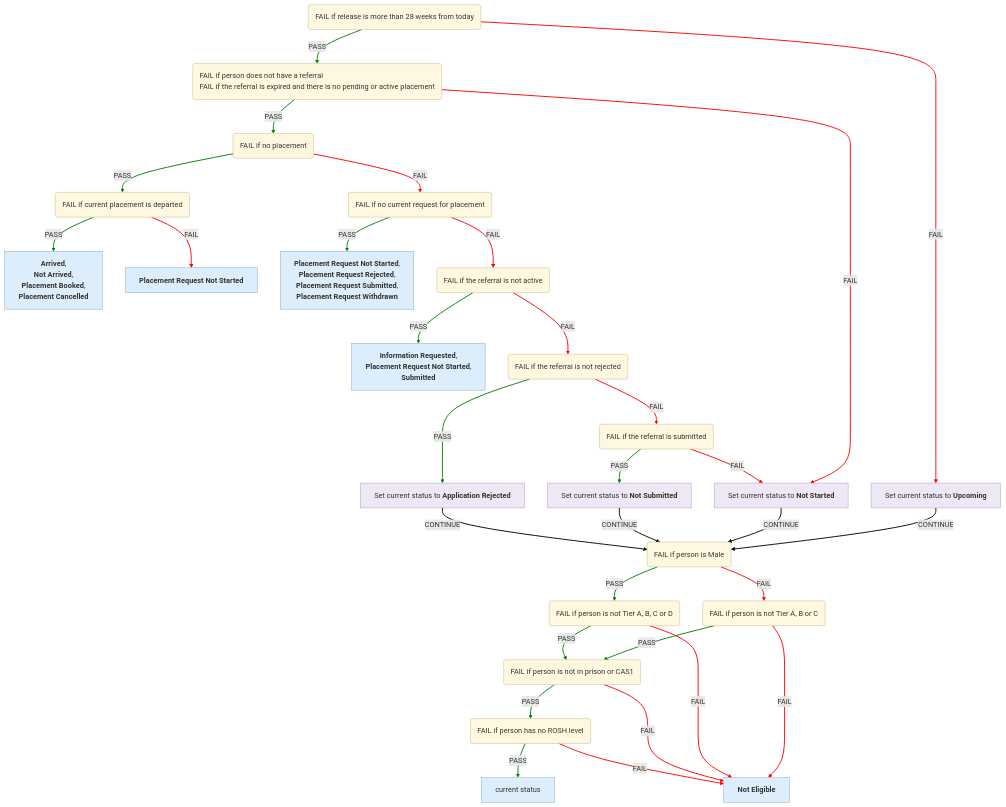
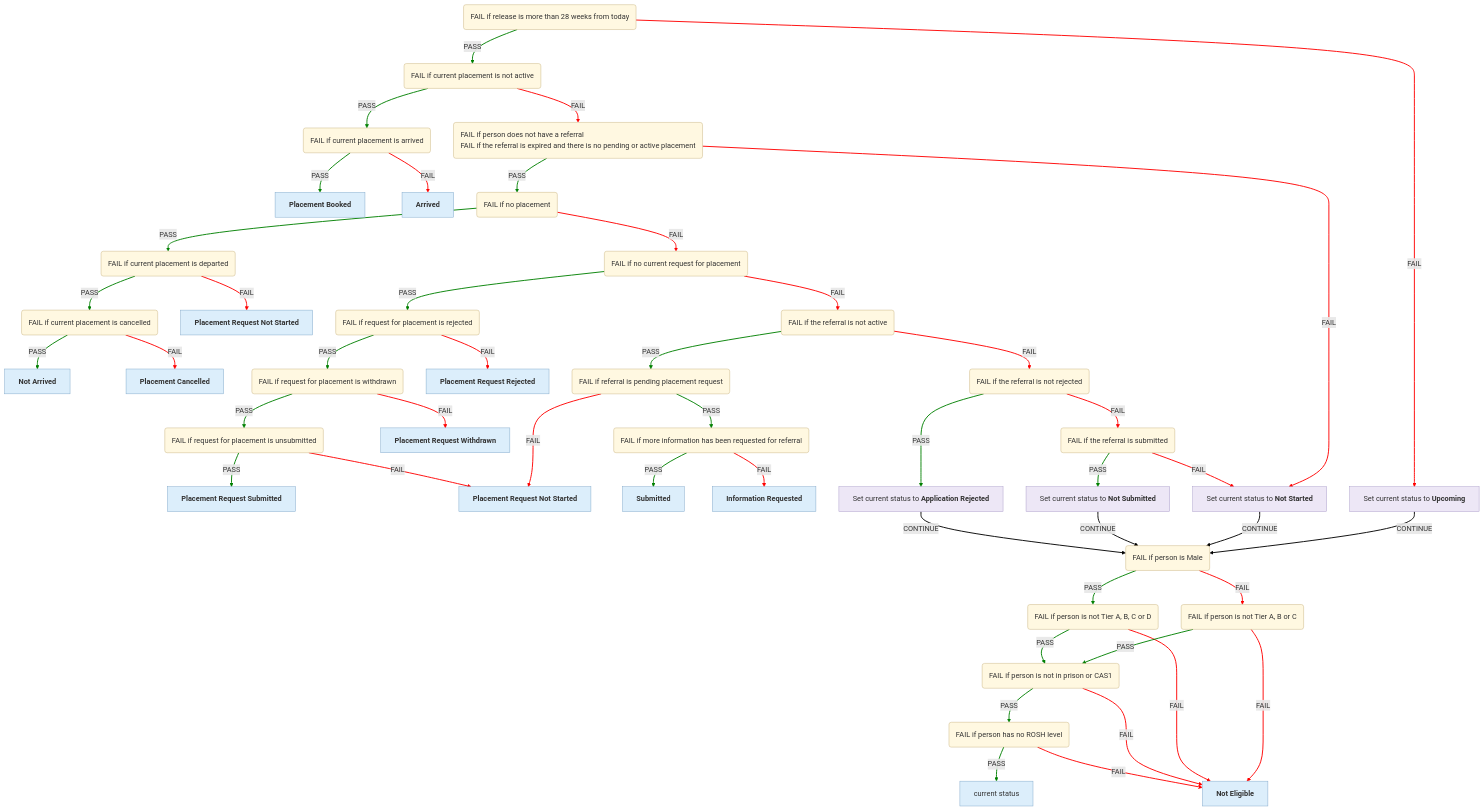
One commit to ministryofjustice/hmpps-single-accommodation-service-api changed the first of 6 diagrams in docs/eligibility-rules-graph.md. Above: the diagram before and after it, drawn with Mermaid. The commit also changed other lines of this file and 31 other files, not shown here.

Commit message:
chore/SAS-1566-further-context-updater-splitting

````diff
--- a/docs/eligibility-rules-graph.md
+++ b/docs/eligibility-rules-graph.md
@@ -10,24 +10,31 @@
 %%{init: {"flowchart": {"wrappingWidth": 800}}}%%
 flowchart TD
   Release_Within_28_Weeks("<div style='text-align:left'>FAIL if release is more than 28 weeks from today</div>")
+  PASS_if_placement_is_active("<div style='text-align:left'>FAIL if current placement is not active</div>")
+  PASS_if_placement_is_booked("<div style='text-align:left'>FAIL if current placement is arrived</div>")
+  CAS1_PLACEMENT_BOOKED["<b>Placement Booked</b>"]
+  CAS1_ARRIVED["<b>Arrived</b>"]
   CAS1_Referral("<div style='text-align:left'>FAIL if person does not have a referral
 FAIL if the referral is expired and there is no pending or active placement</div>")
   Placement("<div style='text-align:left'>FAIL if no placement</div>")
-  Active_Placement("<div style='text-align:left'>FAIL if current placement is departed</div>")
-  outcome_ActivePlacementContextUpdater["<b>Arrived</b>,
- <b>Not Arrived</b>,
- <b>Placement Booked</b>,
- <b>Placement Cancelled</b>"]
-  outcome_DepartedPlacementContextUpdater["<b>Placement Request Not Started</b>"]
+  PASS_if_placement_is_not_departed("<div style='text-align:left'>FAIL if current placement is departed</div>")
+  PASS_if_placement_is_not_arrived("<div style='text-align:left'>FAIL if current placement is cancelled</div>")
+  CAS1_NOT_ARRIVED["<b>Not Arrived</b>"]
+  CAS1_PLACEMENT_CANCELLED["<b>Placement Cancelled</b>"]
+  CAS1_PLACEMENT_REQUEST_NOT_STARTED["<b>Placement Request Not Started</b>"]
   Request_For_Placement("<div style='text-align:left'>FAIL if no current request for placement</div>")
-  outcome_NoPlacementContextUpdater["<b>Placement Request Not Started</b>,
- <b>Placement Request Rejected</b>,
- <b>Placement Request Submitted</b>,
- <b>Placement Request Withdrawn</b>"]
+  PASS_if_placement_is_not_rejected("<div style='text-align:left'>FAIL if request for placement is rejected</div>")
+  PASS_if_placement_is_not_withdrawn("<div style='text-align:left'>FAIL if request for placement is withdrawn</div>")
+  PASS_if_referral_is_submitted_or_awaiting_placement("<div style='text-align:left'>FAIL if request for placement is unsubmitted</div>")
+  CAS1_PLACEMENT_REQUEST_SUBMITTED["<b>Placement Request Submitted</b>"]
+  CAS1_PLACEMENT_REQUEST_NOT_SUBMITTED["<b>Placement Request Not Started</b>"]
+  CAS1_PLACEMENT_REQUEST_WITHDRAWN["<b>Placement Request Withdrawn</b>"]
+  CAS1_PLACEMENT_REQUEST_REJECTED["<b>Placement Request Rejected</b>"]
   CAS1_Active_Referral("<div style='text-align:left'>FAIL if the referral is not active</div>")
-  outcome_NoRequestForPlacementContextUpdater["<b>Information Requested</b>,
- <b>Placement Request Not Started</b>,
- <b>Submitted</b>"]
+  PASS_if_application_is_not_pending_a_placement_request("<div style='text-align:left'>FAIL if referral is pending placement request</div>")
+  PASS_if_more_information_has_not_been_requested_for_referral("<div style='text-align:left'>FAIL if more information has been requested for referral</div>")
+  CAS1_SUBMITTED["<b>Submitted</b>"]
+  CAS1_INFO_REQUESTED["<b>Information Requested</b>"]
   CAS1_Rejected_Referral("<div style='text-align:left'>FAIL if the referral is not rejected</div>")
   Not_Male("<div style='text-align:left'>FAIL if person is Male</div>")
   Not_Male_Tier_Eligible_For_CAS1("<div style='text-align:left'>FAIL if person is not Tier A, B, C or D</div>")
@@ -41,11 +48,26 @@
   updater_Cas1NotSubmittedContextUpdater_Not_Male["Set current status to <b>Not Submitted</b>"]
   updater_Cas1StartContextUpdater_Not_Male["Set current status to <b>Not Started</b>"]
   updater_Cas1UpcomingContextUpdater_Not_Male["Set current status to <b>Upcoming</b>"]
-  Active_Placement -->|PASS| outcome_ActivePlacementContextUpdater
-  Active_Placement -->|FAIL| outcome_DepartedPlacementContextUpdater
-  Placement -->|PASS| Active_Placement
-  Request_For_Placement -->|PASS| outcome_NoPlacementContextUpdater
-  CAS1_Active_Referral -->|PASS| outcome_NoRequestForPlacementContextUpdater
+  PASS_if_placement_is_booked -->|PASS| CAS1_PLACEMENT_BOOKED
+  PASS_if_placement_is_booked -->|FAIL| CAS1_ARRIVED
+  PASS_if_placement_is_active -->|PASS| PASS_if_placement_is_booked
+  PASS_if_placement_is_not_arrived -->|PASS| CAS1_NOT_ARRIVED
+  PASS_if_placement_is_not_arrived -->|FAIL| CAS1_PLACEMENT_CANCELLED
+  PASS_if_placement_is_not_departed -->|PASS| PASS_if_placement_is_not_arrived
+  PASS_if_placement_is_not_departed -->|FAIL| CAS1_PLACEMENT_REQUEST_NOT_STARTED
+  Placement -->|PASS| PASS_if_placement_is_not_departed
+  PASS_if_referral_is_submitted_or_awaiting_placement -->|PASS| CAS1_PLACEMENT_REQUEST_SUBMITTED
+  PASS_if_referral_is_submitted_or_awaiting_placement -->|FAIL| CAS1_PLACEMENT_REQUEST_NOT_SUBMITTED
+  PASS_if_placement_is_not_withdrawn -->|PASS| PASS_if_referral_is_submitted_or_awaiting_placement
+  PASS_if_placement_is_not_withdrawn -->|FAIL| CAS1_PLACEMENT_REQUEST_WITHDRAWN
+  PASS_if_placement_is_not_rejected -->|PASS| PASS_if_placement_is_not_withdrawn
+  PASS_if_placement_is_not_rejected -->|FAIL| CAS1_PLACEMENT_REQUEST_REJECTED
+  Request_For_Placement -->|PASS| PASS_if_placement_is_not_rejected
+  PASS_if_more_information_has_not_been_requested_for_referral -->|PASS| CAS1_SUBMITTED
+  PASS_if_more_information_has_not_been_requested_for_referral -->|FAIL| CAS1_INFO_REQUESTED
+  PASS_if_application_is_not_pending_a_placement_request -->|PASS| PASS_if_more_information_has_not_been_requested_for_referral
+  PASS_if_application_is_not_pending_a_placement_request -->|FAIL| CAS1_PLACEMENT_REQUEST_NOT_SUBMITTED
+  CAS1_Active_Referral -->|PASS| PASS_if_application_is_not_pending_a_placement_request
   ROSH_Eligible -->|PASS| confirmed
   ROSH_Eligible -->|FAIL| CAS1_NOT_ELIGIBLE
   Current_Accommodation_Eligible_For_CAS1 -->|PASS| ROSH_Eligible
@@ -68,16 +90,17 @@
   Placement -->|FAIL| Request_For_Placement
   CAS1_Referral -->|PASS| Placement
   CAS1_Referral -->|FAIL| updater_Cas1StartContextUpdater_Not_Male
-  Release_Within_28_Weeks -->|PASS| CAS1_Referral
+  PASS_if_placement_is_active -->|FAIL| CAS1_Referral
+  Release_Within_28_Weeks -->|PASS| PASS_if_placement_is_active
   Release_Within_28_Weeks -->|FAIL| updater_Cas1UpcomingContextUpdater_Not_Male
   updater_Cas1UpcomingContextUpdater_Not_Male -->|CONTINUE| Not_Male
-  linkStyle 0,2,3,4,5,7,9,11,12,15,17,25,27 stroke:green,stroke-width:2px
-  linkStyle 1,6,8,10,13,14,19,21,22,23,24,26,28 stroke:red,stroke-width:2px
-  linkStyle 16,18,20,29 stroke:black,stroke-width:2px
+  linkStyle 0,2,3,5,7,8,10,12,14,15,17,19,20,22,24,26,27,30,32,40,43 stroke:green,stroke-width:2px
+  linkStyle 1,4,6,9,11,13,16,18,21,23,25,28,29,34,36,37,38,39,41,42,44 stroke:red,stroke-width:2px
+  linkStyle 31,33,35,45 stroke:black,stroke-width:2px
   classDef ruleSetNode fill:#FFF8E1,stroke:#C9B37E,color:#333
   classDef outcomeNode fill:#DCEEFB,stroke:#7FA7C9,color:#333
   classDef updaterNode fill:#EDE7F6,stroke:#A99BC9,color:#333
-  class Release_Within_28_Weeks,CAS1_Referral,Placement,Active_Placement,Request_For_Placement,CAS1_Active_Referral,CAS1_Rejected_Referral,Not_Male,Not_Male_Tier_Eligible_For_CAS1,Current_Accommodation_Eligible_For_CAS1,ROSH_Eligible,Male_Tier_Eligible_For_CAS1,CAS1_Not_Submitted_Referral ruleSetNode
-  class outcome_ActivePlacementContextUpdater,outcome_DepartedPlacementContextUpdater,outcome_NoPlacementContextUpdater,outcome_NoRequestForPlacementContextUpdater,confirmed,CAS1_NOT_ELIGIBLE outcomeNode
+  class Release_Within_28_Weeks,PASS_if_placement_is_active,PASS_if_placement_is_booked,CAS1_Referral,Placement,PASS_if_placement_is_not_departed,PASS_if_placement_is_not_arrived,Request_For_Placement,PASS_if_placement_is_not_rejected,PASS_if_placement_is_not_withdrawn,PASS_if_referral_is_submitted_or_awaiting_placement,CAS1_Active_Referral,PASS_if_application_is_not_pending_a_placement_request,PASS_if_more_information_has_not_been_requested_for_referral,CAS1_Rejected_Referral,Not_Male,Not_Male_Tier_Eligible_For_CAS1,Current_Accommodation_Eligible_For_CAS1,ROSH_Eligible,Male_Tier_Eligible_For_CAS1,CAS1_Not_Submitted_Referral ruleSetNode
+  class CAS1_PLACEMENT_BOOKED,CAS1_ARRIVED,CAS1_NOT_ARRIVED,CAS1_PLACEMENT_CANCELLED,CAS1_PLACEMENT_REQUEST_NOT_STARTED,CAS1_PLACEMENT_REQUEST_SUBMITTED,CAS1_PLACEMENT_REQUEST_NOT_SUBMITTED,CAS1_PLACEMENT_REQUEST_WITHDRAWN,CAS1_PLACEMENT_REQUEST_REJECTED,CAS1_SUBMITTED,CAS1_INFO_REQUESTED,confirmed,CAS1_NOT_ELIGIBLE outcomeNode
   class updater_Cas1RejectedContextUpdater_Not_Male,updater_Cas1NotSubmittedContextUpdater_Not_Male,updater_Cas1StartContextUpdater_Not_Male,updater_Cas1UpcomingContextUpdater_Not_Male updaterNode
 ```
````
